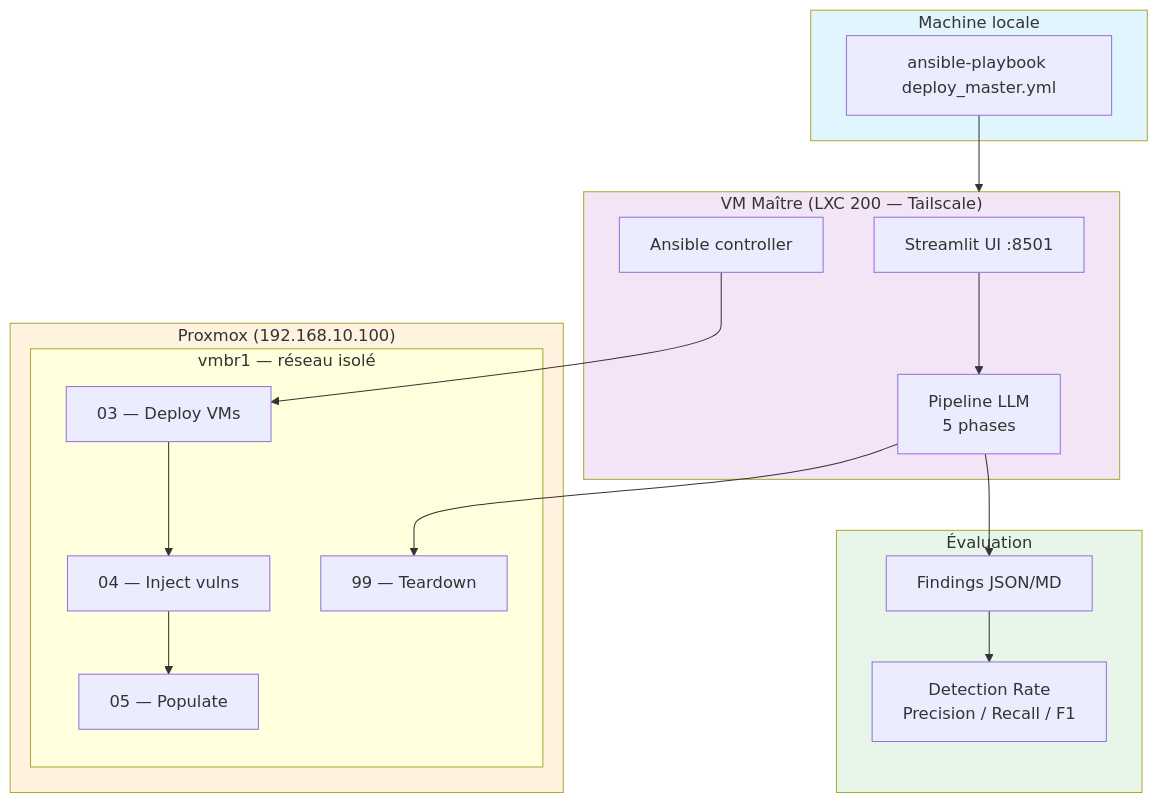
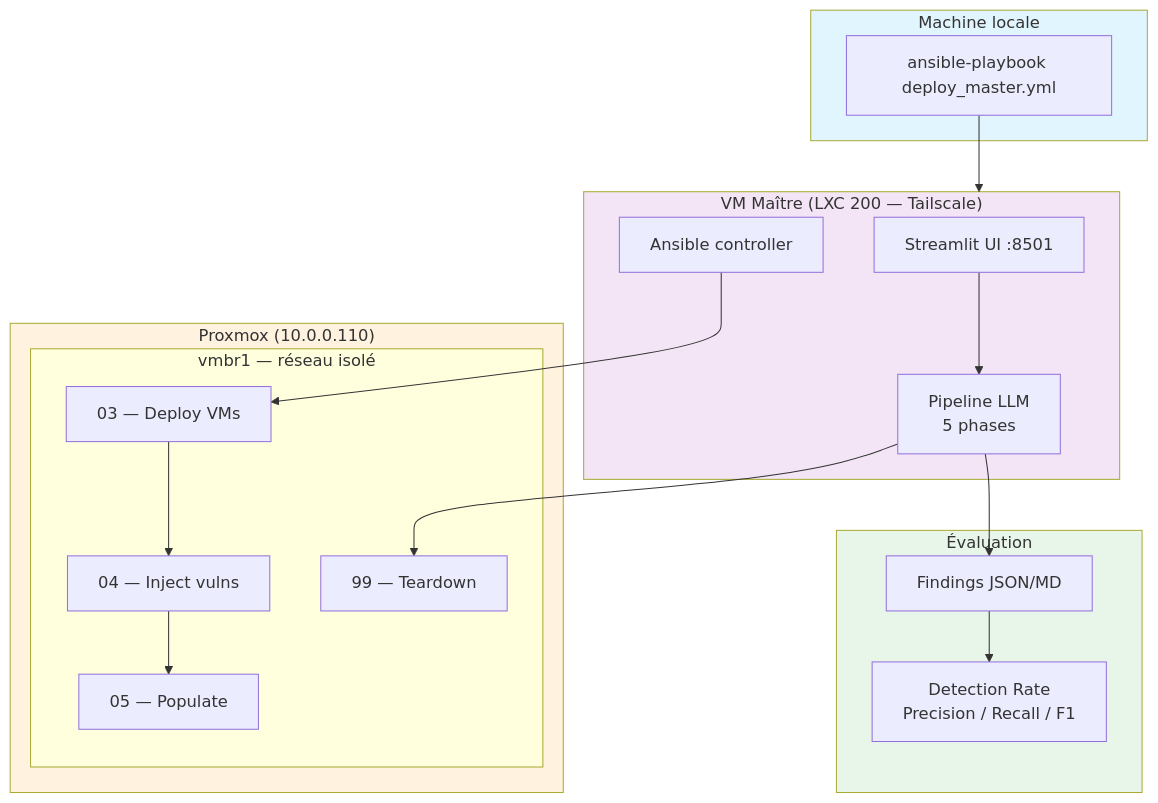
The diagram in benchmarks/README.md (Tanguyvans/LANCE), drawn with Mermaid before and after one commit. The commit also changed other lines of this file and 5 other files, not shown here.

````diff
--- a/benchmarks/README.md
+++ b/benchmarks/README.md
@@ -7,37 +7,37 @@
 ```mermaid
 graph TB
     subgraph Local["Machine locale"]
         DEPLOY_MASTER[ansible-playbook deploy_master.yml]
     end
 
     subgraph Master["VM Maître (LXC 200 — Tailscale)"]
         STREAMLIT[Streamlit UI :8501]
         PIPELINE[Pipeline LLM<br/>5 phases]
         ANSIBLE_CTL[Ansible controller]
     end
 
-    subgraph Proxmox["Proxmox (192.168.10.100)"]
+    subgraph Proxmox["Proxmox (10.0.0.110)"]
         subgraph Benchmark["vmbr1 — réseau isolé"]
             DEPLOY[03 — Deploy VMs]
             INJECT[04 — Inject vulns]
             POPULATE[05 — Populate]
             TEARDOWN[99 — Teardown]
         end
     end
 
     subgraph Eval["Évaluation"]
         FINDINGS[Findings JSON/MD]
         METRICS[Detection Rate<br/>Precision / Recall / F1]
     end
 
     DEPLOY_MASTER --> Master
     STREAMLIT --> PIPELINE
     ANSIBLE_CTL --> DEPLOY --> INJECT --> POPULATE
     PIPELINE --> FINDINGS --> METRICS
     PIPELINE --> TEARDOWN
 
     style Local fill:#e1f5fe
     style Master fill:#f3e5f5
     style Proxmox fill:#fff3e0
     style Eval fill:#e8f5e9
 ```
````
